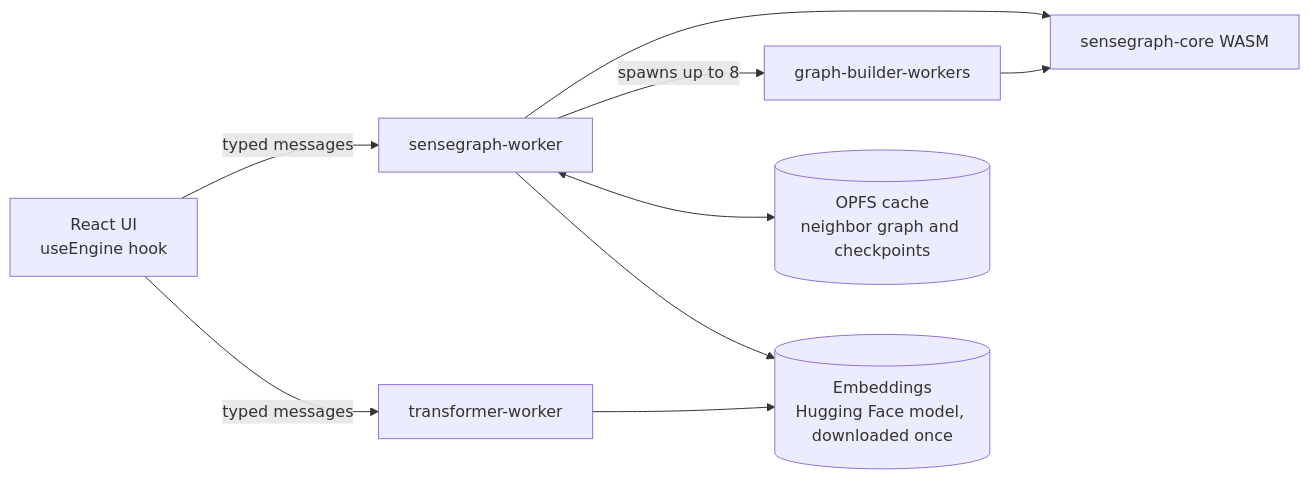
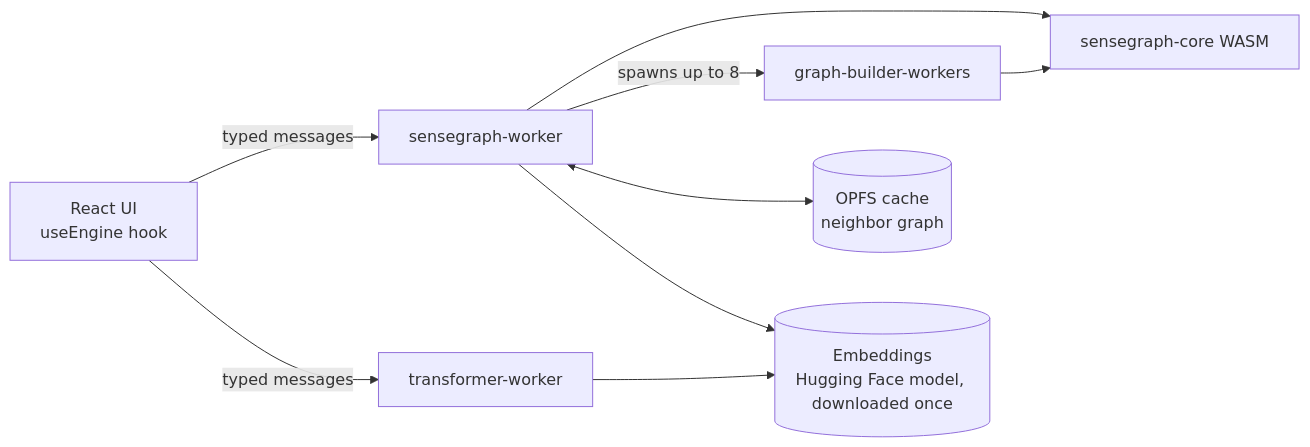
Before and after one commit to pixytech/SenseGraph: the diagram in README.md, drawn with Mermaid. The commit also changed other lines of this file, not shown here.

````diff
--- a/README.md
+++ b/README.md
@@ -89,11 +89,11 @@
 ```mermaid
 flowchart LR
   UI["React UI<br/>useEngine hook"] -->|typed messages| CW[sensegraph-worker]
   UI -->|typed messages| TW[transformer-worker]
   CW --> WASM["sensegraph-core WASM"]
   CW -->|spawns up to 8| GB[graph-builder-workers]
   GB --> WASM
-  CW <--> OPFS[("OPFS cache<br/>neighbor graph and checkpoints")]
+  CW <--> OPFS[("OPFS cache<br/>neighbor graph")]
   CW --> SRC[("Embeddings<br/>Hugging Face model, downloaded once")]
   TW --> SRC
 ```
````
